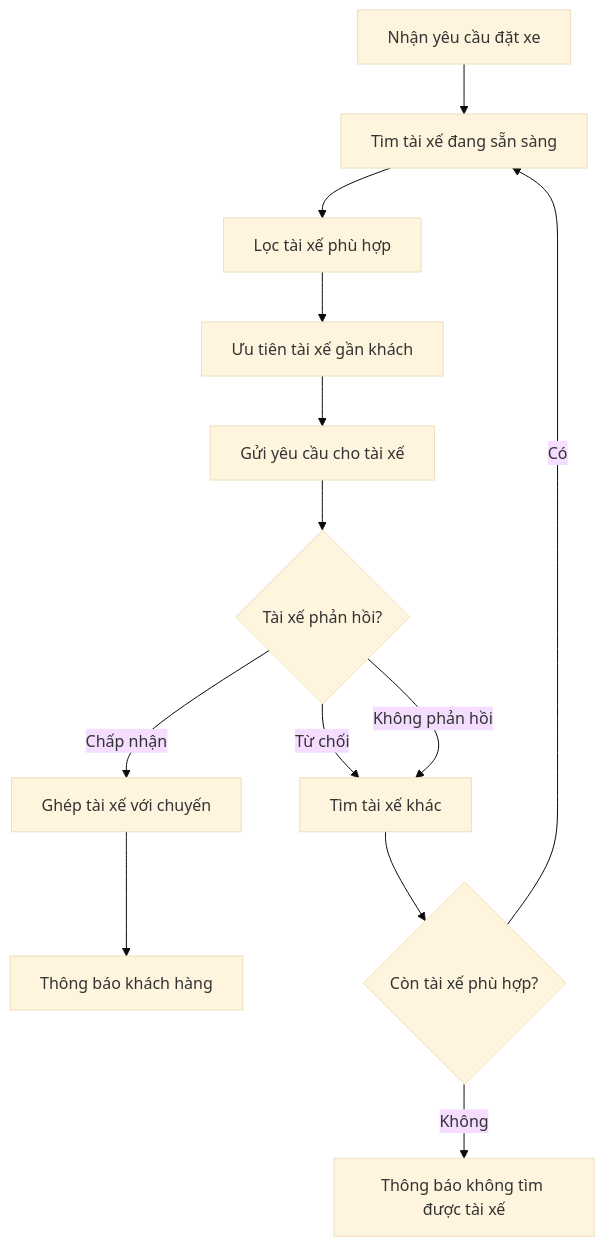
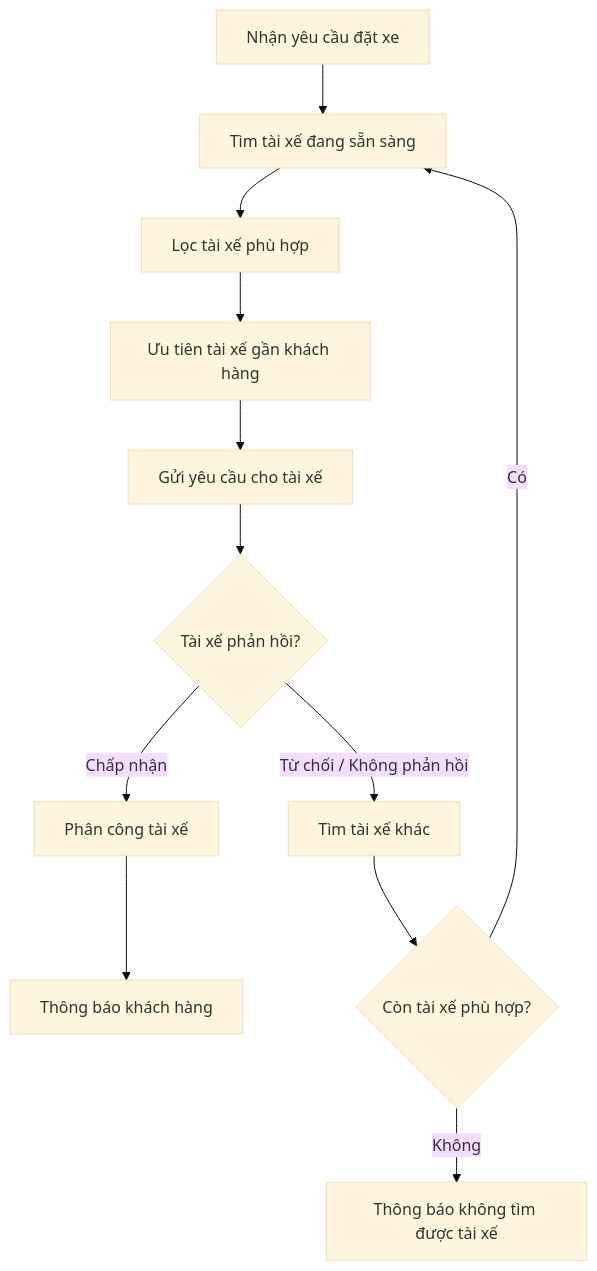
The fifth of 10 diagrams in srs.md (Vy161105/23682161_NguyenNgocYenVy_cabsystem), drawn with Mermaid (base theme) before and after one commit. The commit also changed other lines of this file, not shown here.

````diff
--- a/srs.md
+++ b/srs.md
@@ -231,21 +336,21 @@
 ```mermaid
 flowchart TD
     A[Nhận yêu cầu đặt xe]
     --> B[Tìm tài xế đang sẵn sàng]
 
     B --> C[Lọc tài xế phù hợp]
-    C --> D[Ưu tiên tài xế gần khách]
-    D --> E[Gửi yêu cầu cho tài xế]
+    --> D[Ưu tiên tài xế gần khách hàng]
+    --> E[Gửi yêu cầu cho tài xế]
 
     E --> F{Tài xế phản hồi?}
 
-    F -- Chấp nhận --> G[Ghép tài xế với chuyến]
+    F -- "Chấp nhận" --> G[Phân công tài xế]
     G --> H[Thông báo khách hàng]
 
-    F -- Từ chối --> I[Tìm tài xế khác]
-    F -- Không phản hồi --> I
+    F -- "Từ chối / Không phản hồi" --> I[Tìm tài xế khác]
 
     I --> J{Còn tài xế phù hợp?}
-    J -- Có --> B
-    J -- Không --> K[Thông báo không tìm được tài xế]
+
+    J -- "Có" --> B
+    J -- "Không" --> K[Thông báo không tìm được tài xế]
 ```
````
